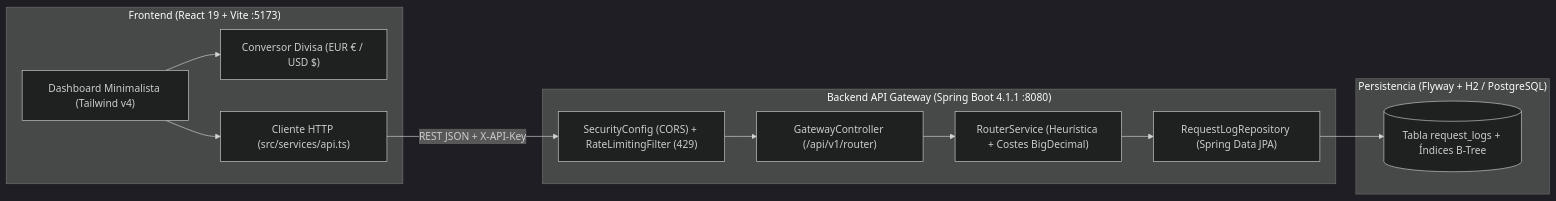
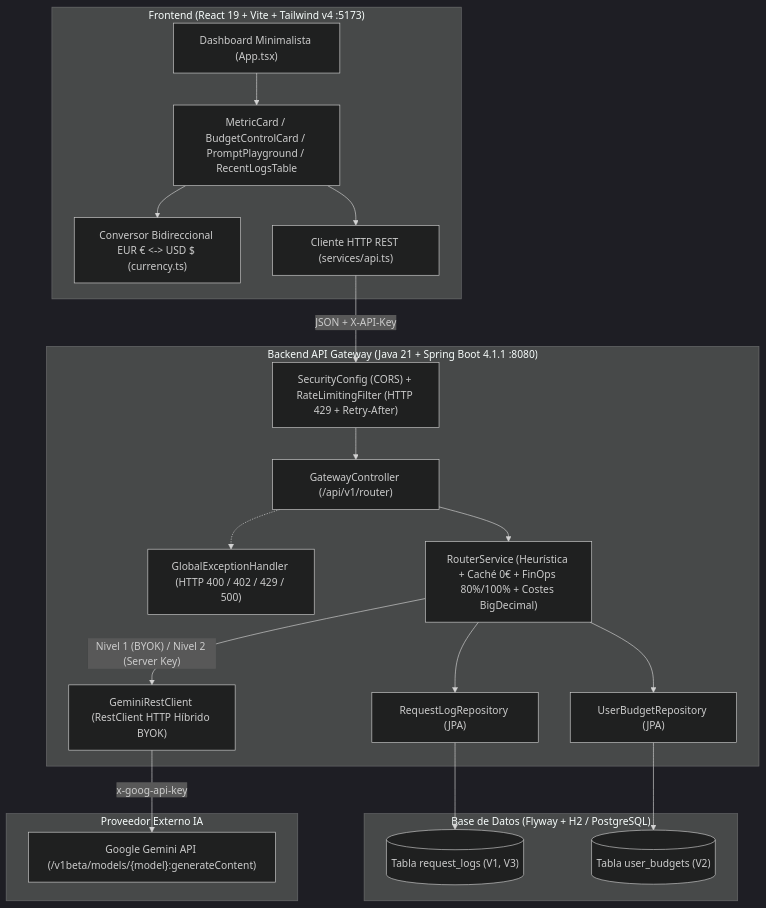
The diagram in docs/MANUAL_DEL_PROGRAMADOR.md (emiliogf10/airouter), drawn with Mermaid (dark theme) before and after one commit. The commit also changed other lines of this file and 6 other files, not shown here.

````diff
--- a/docs/MANUAL_DEL_PROGRAMADOR.md
+++ b/docs/MANUAL_DEL_PROGRAMADOR.md
@@ -11,27 +11,42 @@
 ```mermaid
-flowchart LR
-    subgraph Frontend ["Frontend (React 19 + Vite :5173)"]
-        UI["Dashboard Minimalista (Tailwind v4)"]
-        Curr["Conversor Divisa (EUR € / USD $)"]
-        API_Client["Cliente HTTP (src/services/api.ts)"]
+flowchart TB
+    subgraph Client ["Frontend (React 19 + Vite + Tailwind v4 :5173)"]
+        UI["Dashboard Minimalista (App.tsx)"]
+        SubC["MetricCard / BudgetControlCard / PromptPlayground / RecentLogsTable"]
+        Curr["Conversor Bidireccional EUR € <-> USD $ (currency.ts)"]
+        APIClient["Cliente HTTP REST (services/api.ts)"]
     end
 
-    subgraph Backend ["Backend API Gateway (Spring Boot 4.1.1 :8080)"]
-        Sec["SecurityConfig (CORS) + RateLimitingFilter (429)"]
+    subgraph Gateway ["Backend API Gateway (Java 21 + Spring Boot 4.1.1 :8080)"]
+        Sec["SecurityConfig (CORS) + RateLimitingFilter (HTTP 429 + Retry-After)"]
         Ctrl["GatewayController (/api/v1/router)"]
-        Svc["RouterService (Heurística + Costes BigDecimal)"]
-        Repo["RequestLogRepository (Spring Data JPA)"]
+        Err["GlobalExceptionHandler (HTTP 400 / 402 / 429 / 500)"]
+        Svc["RouterService (Heurística + Caché 0€ + FinOps 80%/100% + Costes BigDecimal)"]
+        GemClient["GeminiRestClient (RestClient HTTP Híbrido BYOK)"]
+        RepoLog["RequestLogRepository (JPA)"]
+        RepoBud["UserBudgetRepository (JPA)"]
     end
 
-    subgraph Data ["Persistencia (Flyway + H2 / PostgreSQL)"]
-        DB[("Tabla request_logs + Índices B-Tree")]
+    subgraph Storage ["Base de Datos (Flyway + H2 / PostgreSQL)"]
+        T1[("Tabla request_logs (V1, V3)")]
+        T2[("Tabla user_budgets (V2)")]
     end
 
-    UI --> Curr
-    UI --> API_Client
-    API_Client -- "REST JSON + X-API-Key" --> Sec
+    subgraph External ["Proveedor Externo IA"]
+        GeminiAPI["Google Gemini API (/v1beta/models/{model}:generateContent)"]
+    end
+
+    UI --> SubC
+    SubC --> Curr
+    SubC --> APIClient
+    APIClient -- "JSON + X-API-Key" --> Sec
     Sec --> Ctrl
     Ctrl --> Svc
-    Svc --> Repo
-    Repo --> DB
+    Ctrl -.-> Err
+    Svc --> RepoBud
+    Svc --> RepoLog
+    Svc -- "Nivel 1 (BYOK) / Nivel 2 (Server Key)" --> GemClient
+    GemClient -- "x-goog-api-key" --> GeminiAPI
+    RepoLog --> T1
+    RepoBud --> T2
 ```
````
